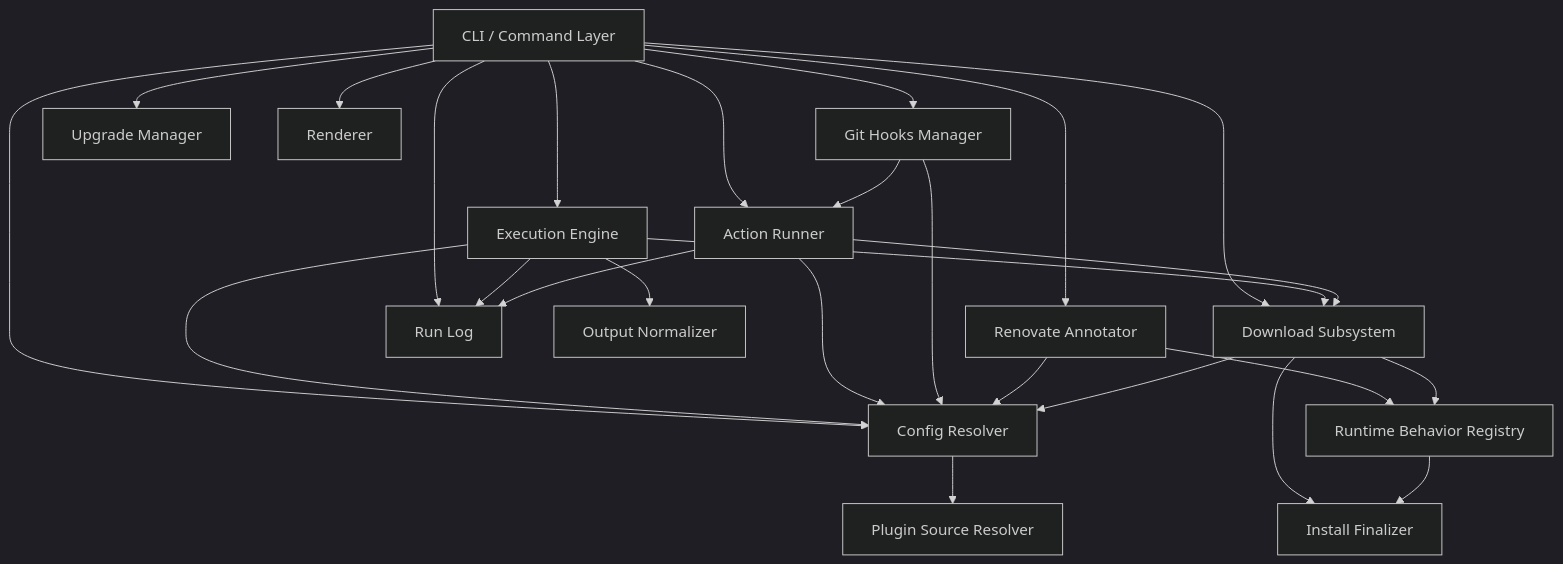
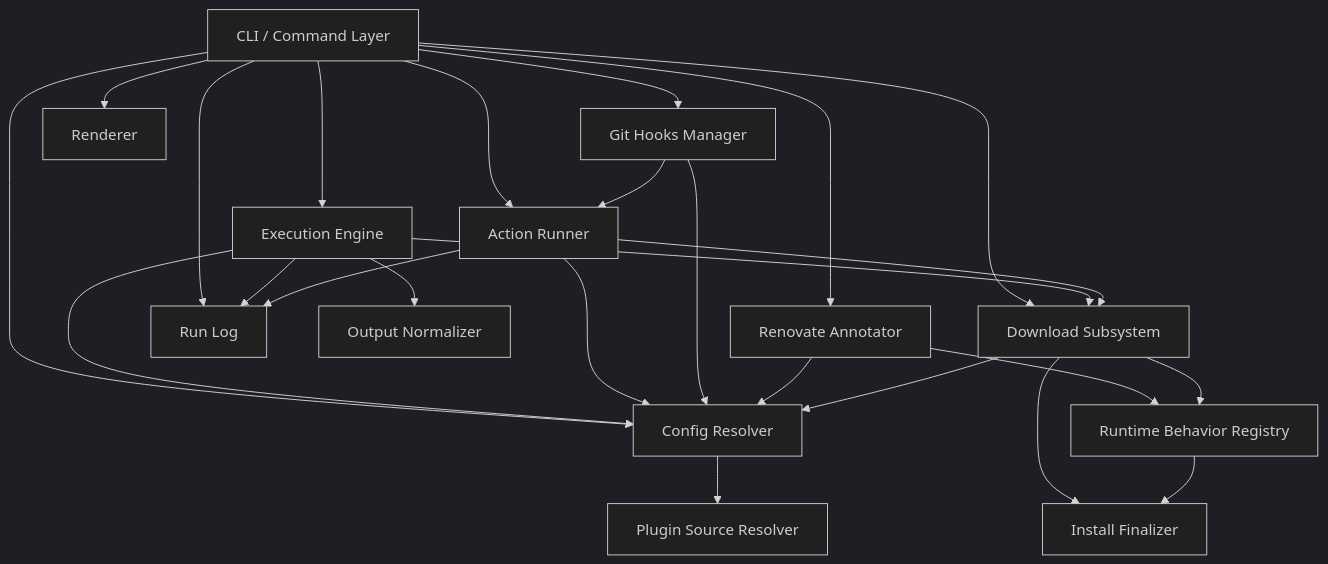
One commit to actions-marketplace-validations/axnic_rtunk changed the first of 2 diagrams in docs/architecture/README.md. Above: the diagram before and after it, drawn with Mermaid (dark theme). The commit also changed other lines of this file and 7 other files, not shown here.

````diff
--- a/docs/architecture/README.md
+++ b/docs/architecture/README.md
@@ -28,35 +28,34 @@
 ```mermaid
 graph TD
     CLI[CLI / Command Layer] --> Config[Config Resolver]
     CLI --> Engine[Execution Engine]
     CLI --> Actions[Action Runner]
     CLI --> Download[Download Subsystem]
     CLI --> Hooks[Git Hooks Manager]
     CLI --> Renovate[Renovate Annotator]
-    CLI --> Upgrade[Upgrade Manager]
     CLI --> RunLog[Run Log]
     CLI --> Render[Renderer]
 
     Engine --> Config
     Engine --> Download
     Engine --> Normalizer[Output Normalizer]
     Engine --> RunLog
 
     Actions --> Config
     Actions --> Download
     Actions --> RunLog
 
     Hooks --> Actions
     Hooks --> Config
 
     Renovate --> Config
     Renovate --> RuntimeRegistry[Runtime Behavior Registry]
 
     Download --> Config
     Download --> RuntimeRegistry
     Download --> Finalizer[Install Finalizer]
 
     RuntimeRegistry --> Finalizer
 
     Config --> SourceResolver[Plugin Source Resolver]
 ```
````
